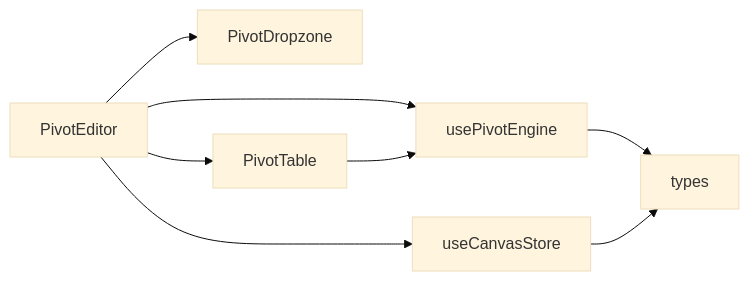
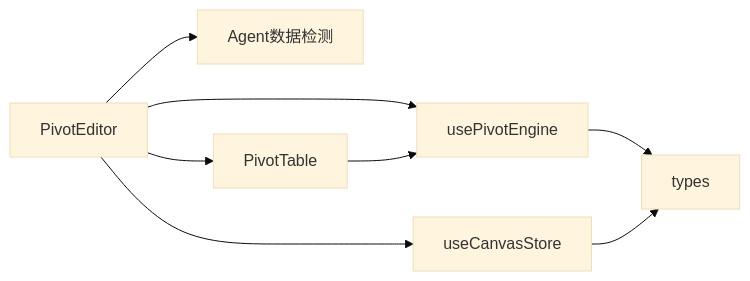
One commit to KunLabAI/KunFlix changed the fourth of 4 diagrams in .qoder/repowiki/zh/content/前端组件系统/画布编辑器/数据透视系统.md. Above: the diagram before and after it, drawn with Mermaid (base theme). The commit also changed other lines of this file and 5 other files, not shown here.

````diff
--- a/.qoder/repowiki/zh/content/前端组件系统/画布编辑器/数据透视系统.md
+++ b/.qoder/repowiki/zh/content/前端组件系统/画布编辑器/数据透视系统.md
@@ -223,10 +187,10 @@
 ```mermaid
 graph LR
-PE["PivotEditor"] --> PDZ["PivotDropzone"]
+PE["PivotEditor"] --> ATD["Agent数据检测"]
 PE --> UPE["usePivotEngine"]
 PE --> PT["PivotTable"]
 PE --> CS["useCanvasStore"]
 PT --> UPE
 UPE --> T["types"]
 CS --> T
 ```
````
